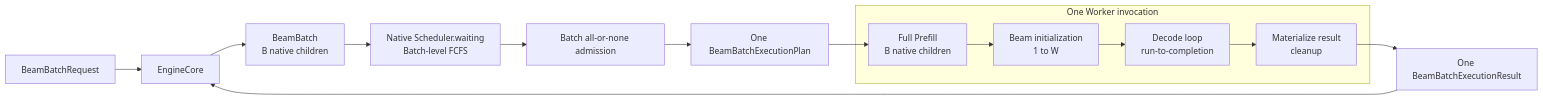
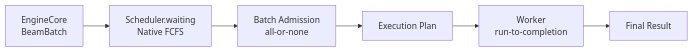
Before and after one commit to zhanghanleo10/gr-related: the first of 9 diagrams in vllm-GR/enginecore_to_scheduler_beam_scheduling_design.md, drawn with Mermaid.

Commit message:
docs: simplify Beam Batch scheduling overview

````diff
--- a/vllm-GR/enginecore_to_scheduler_beam_scheduling_design.md
+++ b/vllm-GR/enginecore_to_scheduler_beam_scheduling_design.md
@@ -32,28 +32,15 @@
 ```mermaid
 flowchart LR
-    INPUT[BeamBatchRequest]
-    ENGINE[EngineCore]
-    BATCH[BeamBatch<br/>B native children]
-    WAITING[Native Scheduler.waiting<br/>Batch-level FCFS]
-    ADMIT[Batch all-or-none admission]
-    PLAN[One BeamBatchExecutionPlan]
+    CORE[EngineCore<br/>BeamBatch]
+    WAIT[Scheduler.waiting<br/>Native FCFS]
+    ADMIT[Batch Admission<br/>all-or-none]
+    PLAN[Execution Plan]
+    WORKER[Worker<br/>run-to-completion]
+    RESULT[Final Result]
 
-    subgraph WORKER[One Worker invocation]
-        PREFILL[Full Prefill<br/>B native children]
-        INIT[Beam initialization<br/>1 to W]
-        DECODE[Decode loop<br/>run-to-completion]
-        CLEAN[Materialize result<br/>cleanup]
-        PREFILL --> INIT --> DECODE --> CLEAN
-    end
-
-    RESULT[One BeamBatchExecutionResult]
-
-    INPUT --> ENGINE
-    ENGINE --> BATCH
-    BATCH --> WAITING
-    WAITING --> ADMIT
+    CORE --> WAIT
+    WAIT --> ADMIT
     ADMIT --> PLAN
-    PLAN --> PREFILL
-    CLEAN --> RESULT
-    RESULT --> ENGINE
+    PLAN --> WORKER
+    WORKER --> RESULT
 ```
````
